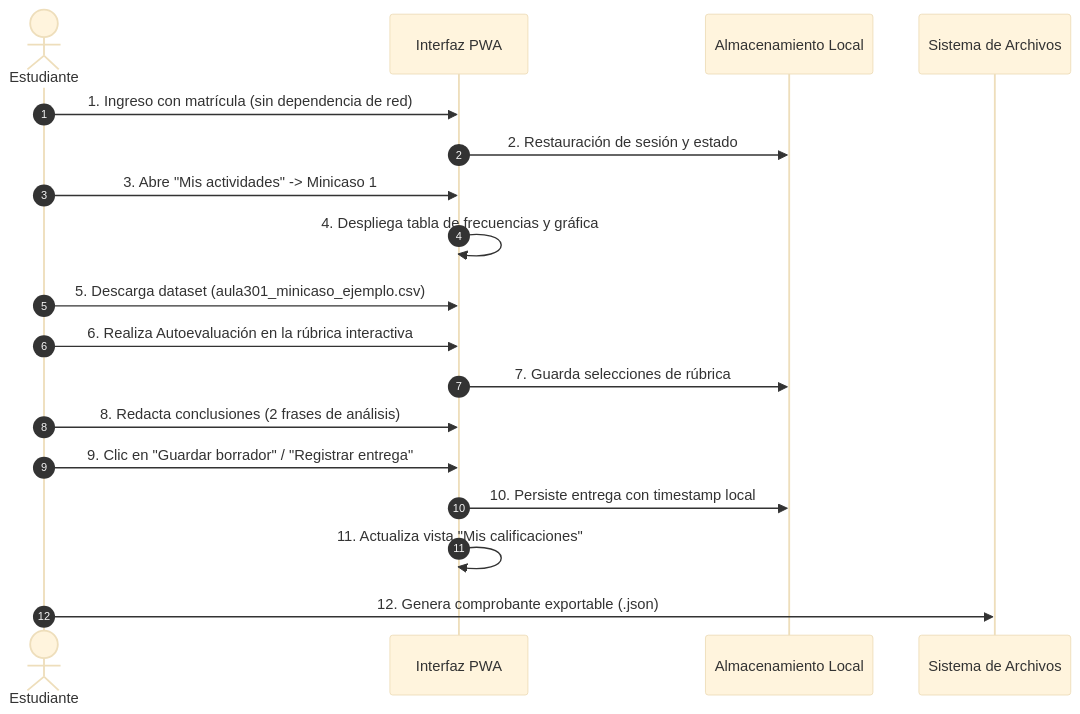
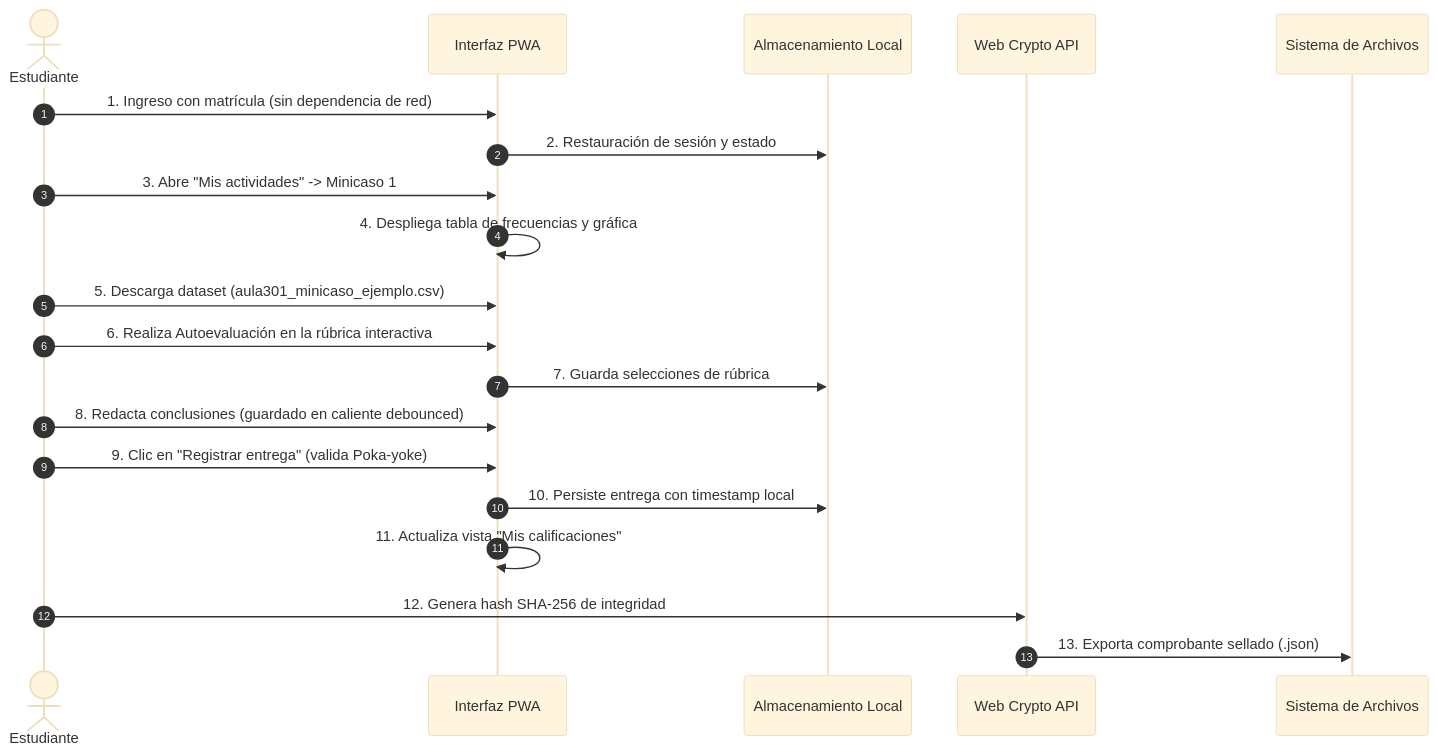
Before and after one commit to Tortaconflow/aula-301: the second of 2 diagrams in docs/DOCUMENTACION_TECNICA_INDUSTRIAL.md, drawn with Mermaid (base theme). The commit also changed other lines of this file and 4 other files, not shown here.

Commit message:
fix(goldfish-audit): subsanar hallazgos del enjambre Goldfish con hash SHA-256, poka-yoke y bandeja docente

````diff
--- a/docs/DOCUMENTACION_TECNICA_INDUSTRIAL.md
+++ b/docs/DOCUMENTACION_TECNICA_INDUSTRIAL.md
@@ -62,21 +64,23 @@
 ```mermaid
 sequenceDiagram
     autonumber
     actor Estudiante
     participant Navegador as Interfaz PWA
     participant Storage as Almacenamiento Local
+    participant Crypto as Web Crypto API
     participant Archivo as Sistema de Archivos
 
     Estudiante->>Navegador: 1. Ingreso con matrícula (sin dependencia de red)
     Navegador->>Storage: 2. Restauración de sesión y estado
     Estudiante->>Navegador: 3. Abre "Mis actividades" -> Minicaso 1
     Navegador->>Navegador: 4. Despliega tabla de frecuencias y gráfica
     Estudiante->>Navegador: 5. Descarga dataset (aula301_minicaso_ejemplo.csv)
     Estudiante->>Navegador: 6. Realiza Autoevaluación en la rúbrica interactiva
     Navegador->>Storage: 7. Guarda selecciones de rúbrica
-    Estudiante->>Navegador: 8. Redacta conclusiones (2 frases de análisis)
-    Estudiante->>Navegador: 9. Clic en "Guardar borrador" / "Registrar entrega"
+    Estudiante->>Navegador: 8. Redacta conclusiones (guardado en caliente debounced)
+    Estudiante->>Navegador: 9. Clic en "Registrar entrega" (valida Poka-yoke)
     Navegador->>Storage: 10. Persiste entrega con timestamp local
     Navegador->>Navegador: 11. Actualiza vista "Mis calificaciones"
-    Estudiante->>Archivo: 12. Genera comprobante exportable (.json)
+    Estudiante->>Crypto: 12. Genera hash SHA-256 de integridad
+    Crypto->>Archivo: 13. Exporta comprobante sellado (.json)
 ```
````
